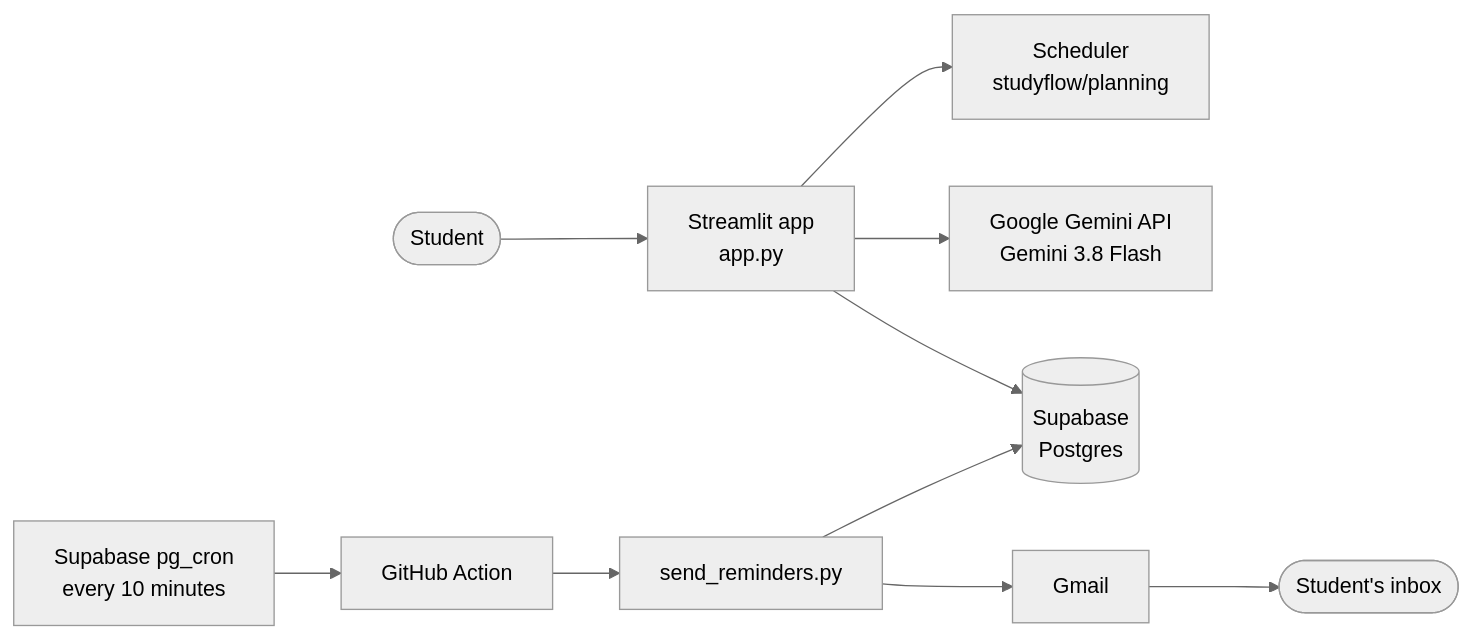
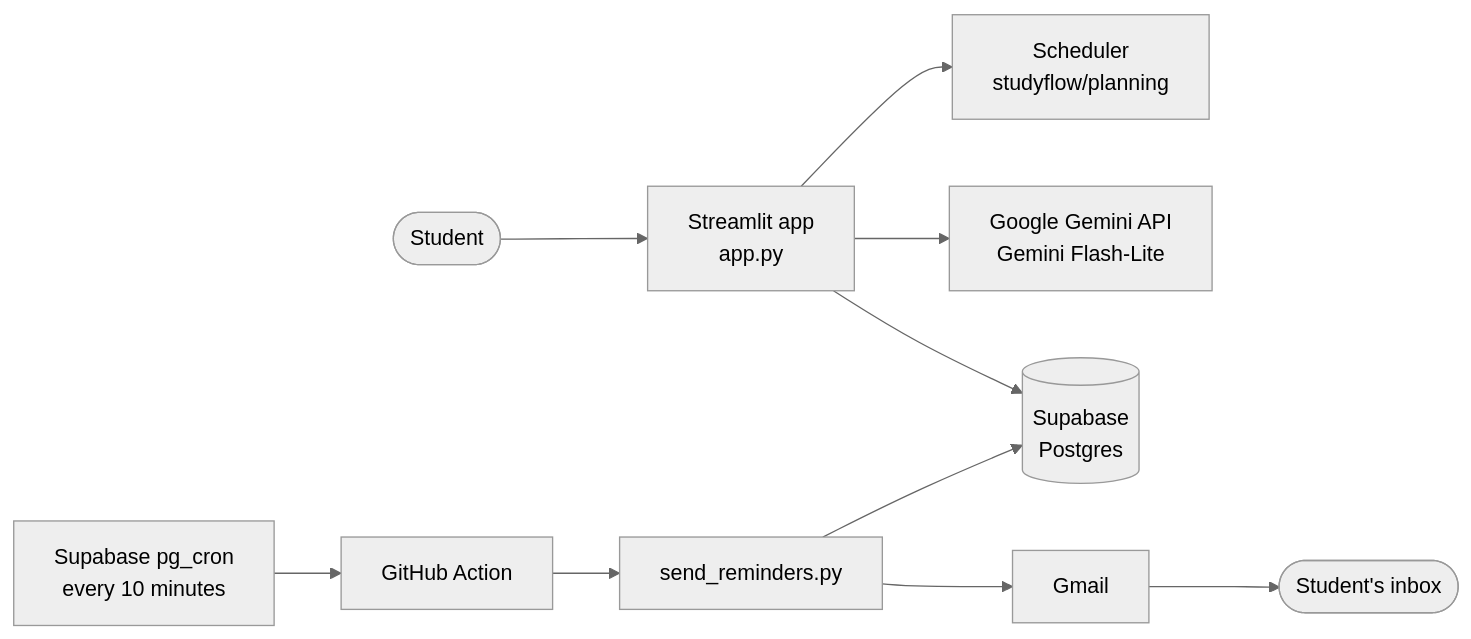
The diagram in README.md (dharshan-can-code/studyflow-ai), drawn with Mermaid (neutral theme) before and after one commit. The commit also changed other lines of this file and 2 other files, not shown here.

Commit message:
Fixed API deployment issues

````diff
--- a/README.md
+++ b/README.md
@@ -106,11 +106,11 @@
 ```mermaid
 flowchart LR
     Student([Student]) --> App[Streamlit app<br/>app.py]
     App --> Planner[Scheduler<br/>studyflow/planning]
-    App --> AI[Google Gemini API<br/>Gemini 3.8 Flash]
+    App --> AI[Google Gemini API<br/>Gemini Flash-Lite]
     App --> DB[(Supabase<br/>Postgres)]
     Cron[Supabase pg_cron<br/>every 10 minutes] --> Action[GitHub Action]
     Action --> Reminders[send_reminders.py]
     Reminders --> DB
     Reminders --> Gmail[Gmail] --> Inbox([Student's inbox])
 ```
````
